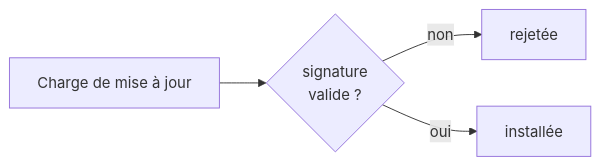
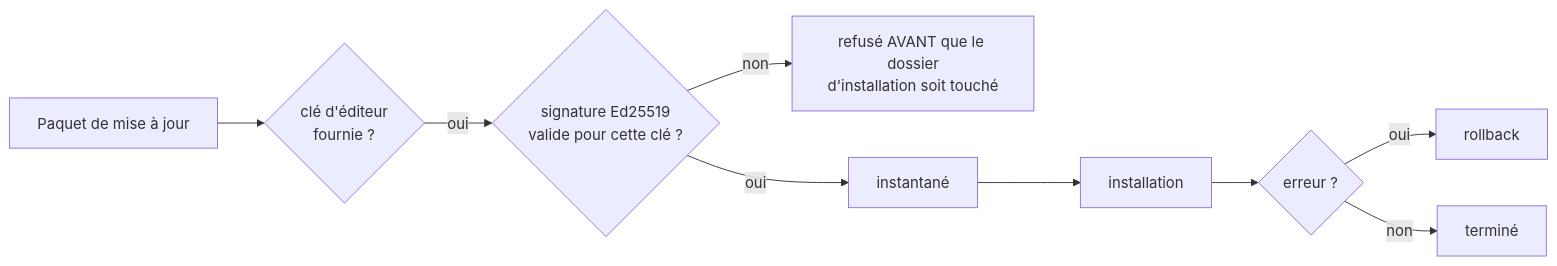
The third of 3 diagrams in docs/how-it-works/security.fr.md (FreeProject089/BMM-Docs), drawn with Mermaid before and after one commit. The commit also changed other lines of this file and 7 other files, not shown here.

````diff
--- a/docs/how-it-works/security.fr.md
+++ b/docs/how-it-works/security.fr.md
@@ -45,6 +154,10 @@
 ```mermaid
 flowchart LR
-    UP["Charge de mise à jour"] --> SIG{"signature<br/>valide ?"}
-    SIG -- non --> REJECT["rejetée"]
-    SIG -- oui --> INSTALL["installée"]
+    PKG["Paquet de mise à jour"] --> KEY{"clé d'éditeur<br/>fournie ?"}
+    KEY -- oui --> SIG{"signature Ed25519<br/>valide pour cette clé ?"}
+    SIG -- non --> REJ["refusé AVANT que le dossier<br/>d'installation soit touché"]
+    SIG -- oui --> SNAP["instantané"] --> INST["installation"]
+    INST --> ERR{"erreur ?"}
+    ERR -- oui --> RB["rollback"]
+    ERR -- non --> OK["terminé"]
 ```
````
